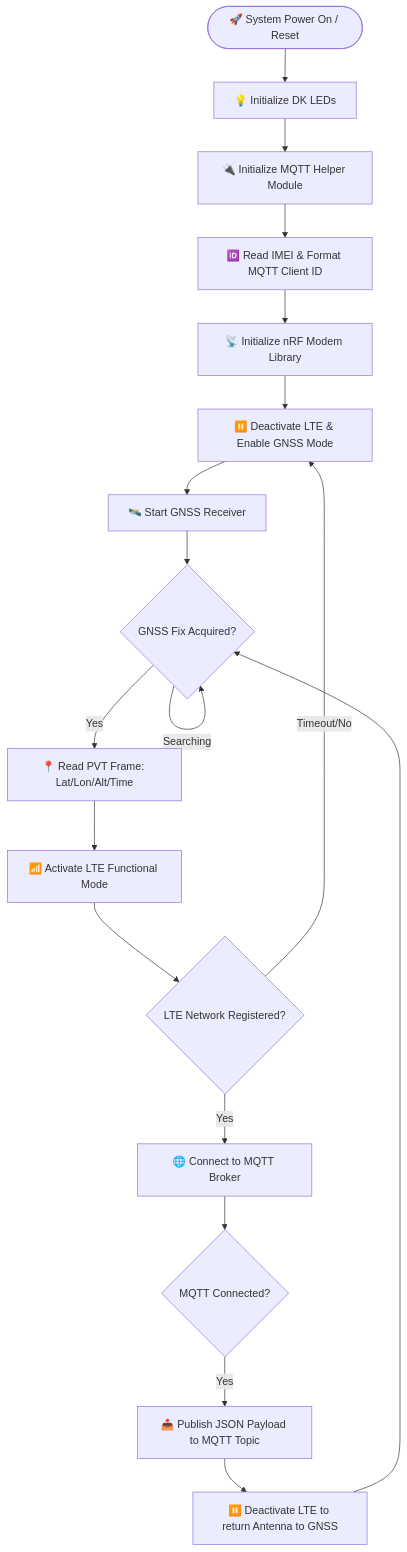
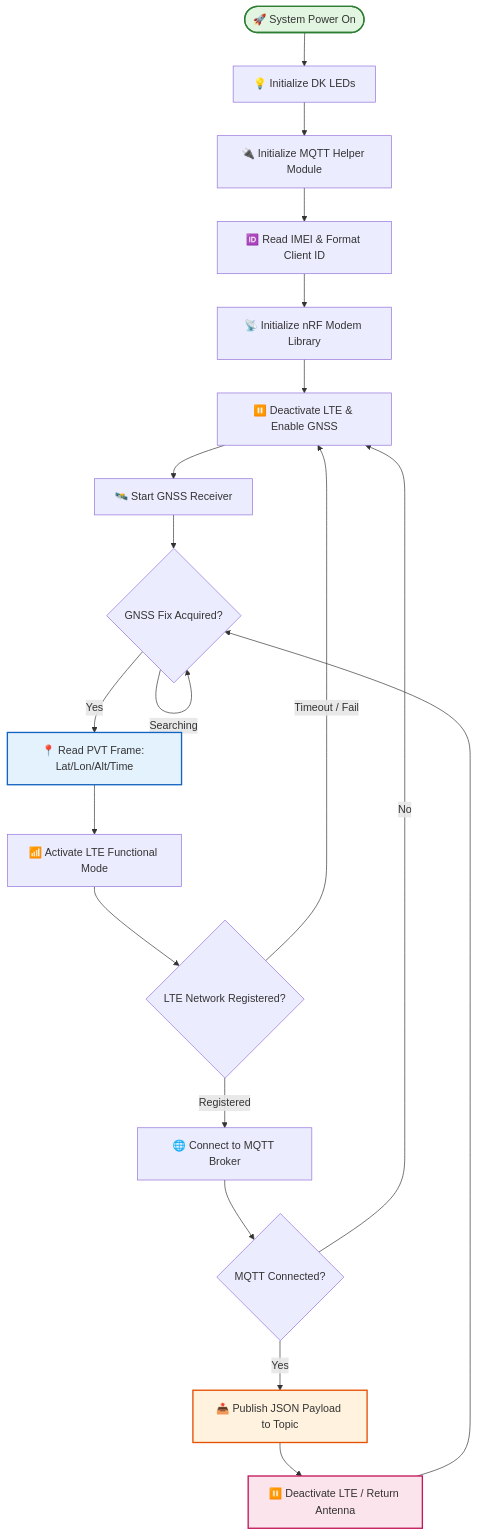
The first of 3 diagrams in myprojects/gps_mqtt_tracker/README.md (Faiisu/WildLifeTracking-NBIOT), drawn with Mermaid before and after one commit. The commit also changed other lines of this file and 1 other file, not shown here.

Commit message:
docs: add project documentation and system architecture diagrams

````diff
--- a/myprojects/gps_mqtt_tracker/README.md
+++ b/myprojects/gps_mqtt_tracker/README.md
@@ -22,23 +22,32 @@
 ```mermaid
-flowchart TD
-    Start([🚀 System Power On / Reset]) --> InitLEDs[💡 Initialize DK LEDs]
+graph TB
+    Start([🚀 System Power On]) --> InitLEDs[💡 Initialize DK LEDs]
     InitLEDs --> InitMqtt[🔌 Initialize MQTT Helper Module]
-    InitMqtt --> GetIMEI[🆔 Read IMEI & Format MQTT Client ID]
+    InitMqtt --> GetIMEI[🆔 Read IMEI & Format Client ID]
     GetIMEI --> InitModem[📡 Initialize nRF Modem Library]
-    InitModem --> DeactivateLTE[⏸️ Deactivate LTE & Enable GNSS Mode]
+    InitModem --> DeactivateLTE[⏸️ Deactivate LTE & Enable GNSS]
     DeactivateLTE --> StartGNSS[🛰️ Start GNSS Receiver]
+    
     StartGNSS --> WaitFix{GNSS Fix Acquired?}
     
-    WaitFix -- Searching --> WaitFix
-    WaitFix -- Yes --> ReadPVT[📍 Read PVT Frame: Lat/Lon/Alt/Time]
+    WaitFix -->|Searching| WaitFix
+    WaitFix -->|Yes| ReadPVT[📍 Read PVT Frame: Lat/Lon/Alt/Time]
+    
     ReadPVT --> ActivateLTE[📶 Activate LTE Functional Mode]
     ActivateLTE --> WaitLTE{LTE Network Registered?}
     
-    WaitLTE -- Timeout/No --> DeactivateLTE
-    WaitLTE -- Yes --> ConnectMQTT[🌐 Connect to MQTT Broker]
+    WaitLTE -->|Timeout / Fail| DeactivateLTE
+    WaitLTE -->|Registered| ConnectMQTT[🌐 Connect to MQTT Broker]
+    
     ConnectMQTT --> WaitConn{MQTT Connected?}
+    WaitConn -->|Yes| PublishJSON[📤 Publish JSON Payload to Topic]
+    WaitConn -->|No| DeactivateLTE
     
-    WaitConn -- Yes --> PublishJSON[📤 Publish JSON Payload to MQTT Topic]
-    PublishJSON --> DisconnectLTE[⏸️ Deactivate LTE to return Antenna to GNSS]
+    PublishJSON --> DisconnectLTE[⏸️ Deactivate LTE / Return Antenna]
     DisconnectLTE --> WaitFix
+
+    style Start fill:#e1f5e1,stroke:#2e7d32,stroke-width:2px
+    style ReadPVT fill:#e3f2fd,stroke:#1565c0,stroke-width:2px
+    style PublishJSON fill:#fff3e0,stroke:#e65100,stroke-width:2px
+    style DisconnectLTE fill:#fce4ec,stroke:#c2185b,stroke-width:2px
 ```
````
